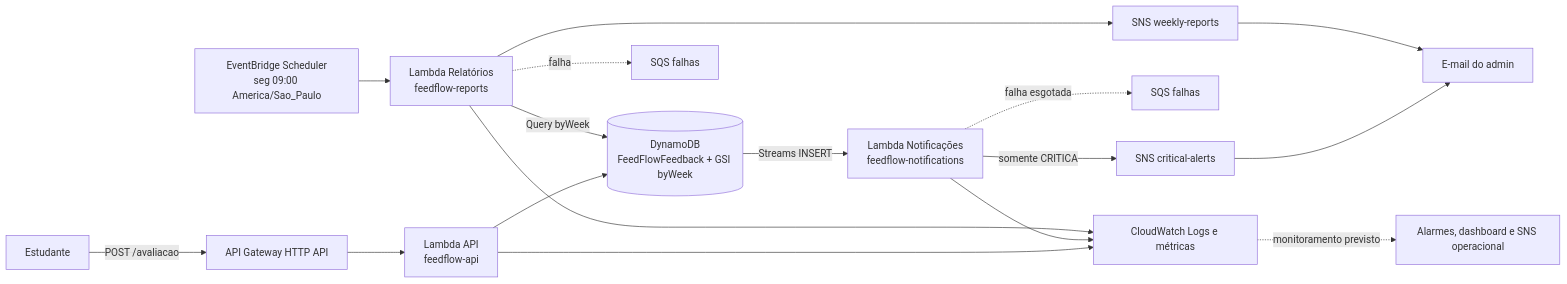
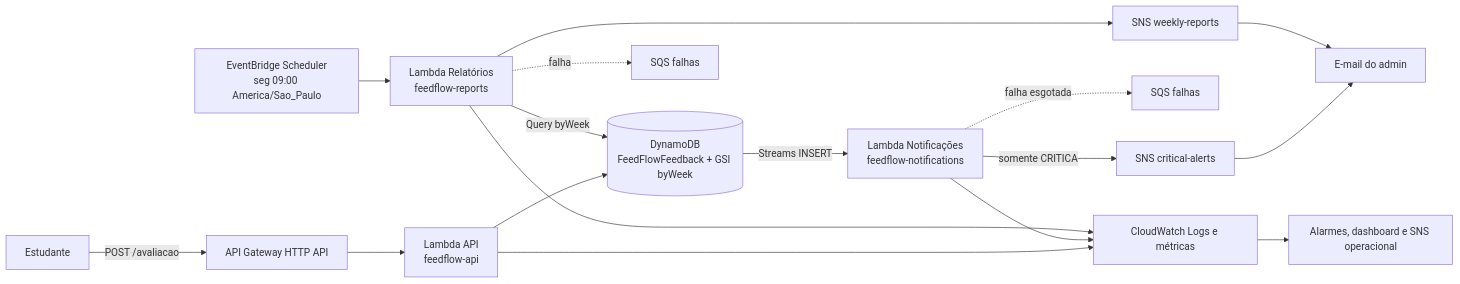
One commit to ygorsmedeiros/FeedFlow changed the diagram in README.md. Above: the diagram before and after it, drawn with Mermaid. The commit also changed other lines of this file, not shown here.

Commit message:
docs: README com deploy direto, monitoramento e limitações

````diff
--- a/README.md
+++ b/README.md
@@ -13,15 +13,15 @@
 ```mermaid
 flowchart LR
     A[Estudante] -->|POST /avaliacao| G[API Gateway HTTP API]
     G --> L1[Lambda API<br/>feedflow-api]
     L1 --> D[(DynamoDB<br/>FeedFlowFeedback + GSI byWeek)]
     D -- Streams INSERT --> L2[Lambda Notificações<br/>feedflow-notifications]
     L2 -- somente CRITICA --> S1[SNS critical-alerts] --> E1[E-mail do admin]
     L2 -. falha esgotada .-> Q1[SQS falhas]
     EB[EventBridge Scheduler<br/>seg 09:00 America/Sao_Paulo] --> L3[Lambda Relatórios<br/>feedflow-reports]
     L3 -- Query byWeek --> D
     L3 --> S2[SNS weekly-reports] --> E1
     L3 -. falha .-> Q2[SQS falhas]
     L1 & L2 & L3 --> CW[CloudWatch Logs e métricas]
-    CW -. monitoramento previsto .-> S3[Alarmes, dashboard e SNS operacional]
+    CW --> S3[Alarmes, dashboard e SNS operacional]
 ```
````
